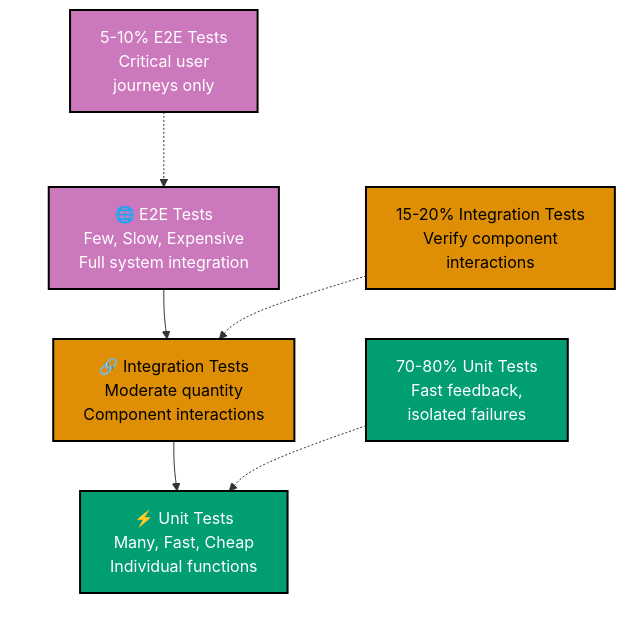
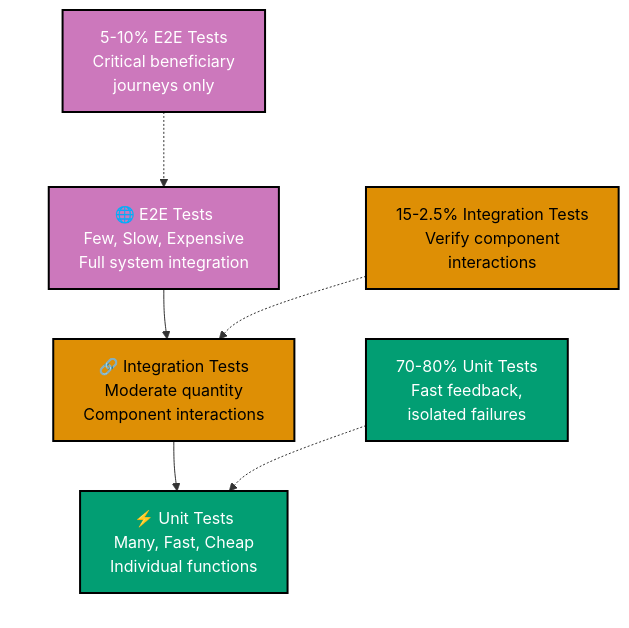
One commit to wahidyankf/open-sharia-enterprise changed the diagram in docs/explanation/software/stack-lang/java/ex-so-stla-ja__best-practices.md. Above: the diagram before and after it, drawn with Mermaid. The commit also changed other lines of this file and 81 other files, not shown here.

````diff
--- a/docs/explanation/software/stack-lang/java/ex-so-stla-ja__best-practices.md
+++ b/docs/explanation/software/stack-lang/java/ex-so-stla-ja__best-practices.md
@@ -411,27 +378,27 @@
 ```mermaid
 %% Color Palette: Blue #0173B2, Orange #DE8F05, Teal #029E73, Purple #CC78BC
 %% All colors are color-blind friendly and meet WCAG AA contrast standards
 
 graph TB
     subgraph Pyramid[" "]
         E2E["🌐 E2E Tests<br/>Few, Slow, Expensive<br/>Full system integration"]:::purple
         Integration["🔗 Integration Tests<br/>Moderate quantity<br/>Component interactions"]:::orange
         Unit["⚡ Unit Tests<br/>Many, Fast, Cheap<br/>Individual functions"]:::teal
     end
 
     E2E --> Integration
     Integration --> Unit
 
     note1[70-80% Unit Tests<br/>Fast feedback,<br/>isolated failures]:::teal
-    note2[15-20% Integration Tests<br/>Verify component<br/>interactions]:::orange
-    note3[5-10% E2E Tests<br/>Critical user<br/>journeys only]:::purple
+    note2[15-2.5% Integration Tests<br/>Verify component<br/>interactions]:::orange
+    note3[5-10% E2E Tests<br/>Critical beneficiary<br/>journeys only]:::purple
 
     note1 -.-> Unit
     note2 -.-> Integration
     note3 -.-> E2E
 
     style Pyramid fill:none,stroke:none
     classDef teal fill:#029E73,stroke:#000000,color:#FFFFFF,stroke-width:2px
     classDef orange fill:#DE8F05,stroke:#000000,color:#000000,stroke-width:2px
     classDef purple fill:#CC78BC,stroke:#000000,color:#FFFFFF,stroke-width:2px
 ```
````
